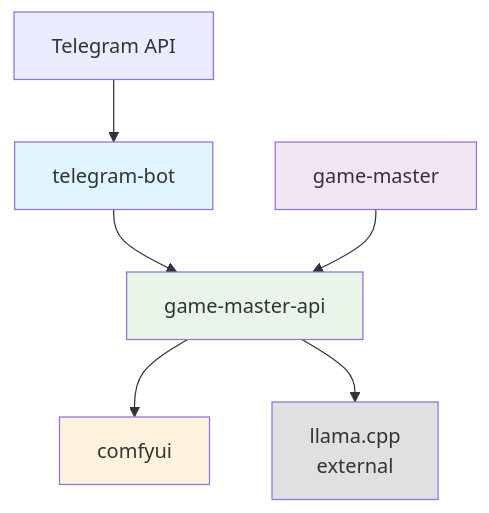
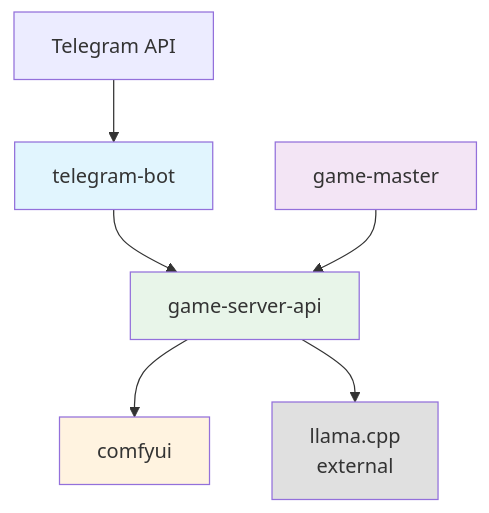
Before and after one commit to Slach/ai-games: the diagram in README.md, drawn with Mermaid. The commit also changed other lines of this file and 53 other files, not shown here.

Commit message:
Update: Refactor project structure, rename game-master-api to game-server-api, remove pixelle-mcp workflows, update dependencies and configs

````diff
--- a/README.md
+++ b/README.md
@@ -7,14 +7,14 @@
 ```mermaid
 graph TD
     A[Telegram API] --> B[telegram-bot]
-    B --> C[game-master-api]
+    B --> C[game-server-api]
     D[game-master] --> C
     C --> E[comfyui]
     C --> G[llama.cpp<br/>external]
 
     style B fill:#E1F5FE
     style C fill:#E8F5E9
     style E fill:#FFF3E0
     style G fill:#E0E0E0
     style D fill:#F3E5F5
 ```
````
